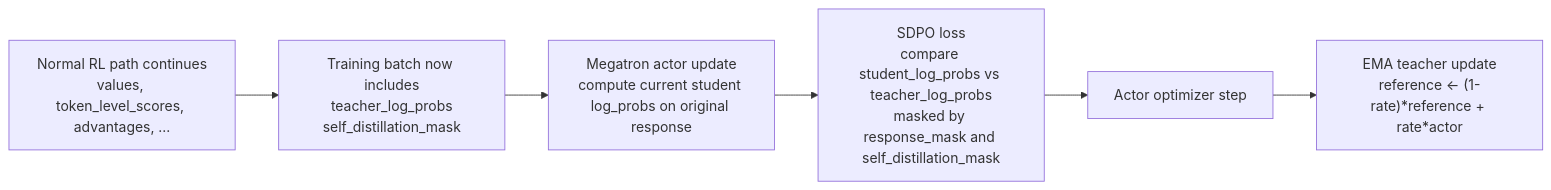
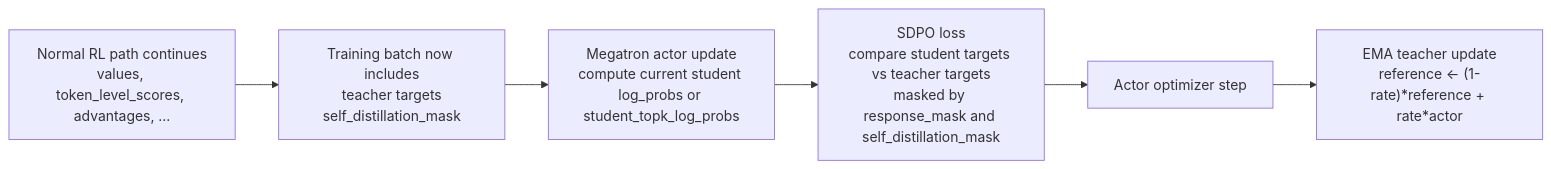
Before and after one commit to zhoutong-hai/verl: the third of 6 diagrams in sdpo-megatron/IMPLEMENTATION_DESIGN.md, drawn with Mermaid. The commit also changed other lines of this file, not shown here.

Commit message:
Refresh SDPO Megatron design note

````diff
--- a/sdpo-megatron/IMPLEMENTATION_DESIGN.md
+++ b/sdpo-megatron/IMPLEMENTATION_DESIGN.md
@@ -149,8 +162,8 @@
 ```mermaid
 flowchart LR
-    E["Normal RL path continues<br/>values, token_level_scores, advantages, ..."] --> L["Training batch now includes<br/>teacher_log_probs<br/>self_distillation_mask"]
-    L --> M["Megatron actor update<br/>compute current student log_probs on original response"]
-    M --> N["SDPO loss<br/>compare student_log_probs vs teacher_log_probs<br/>masked by response_mask and self_distillation_mask"]
+    E["Normal RL path continues<br/>values, token_level_scores, advantages, ..."] --> L["Training batch now includes<br/>teacher targets<br/>self_distillation_mask"]
+    L --> M["Megatron actor update<br/>compute current student log_probs or student_topk_log_probs"]
+    M --> N["SDPO loss<br/>compare student targets vs teacher targets<br/>masked by response_mask and self_distillation_mask"]
     N --> O["Actor optimizer step"]
     O --> P["EMA teacher update<br/>reference <- (1-rate)*reference + rate*actor"]
 ```
````
